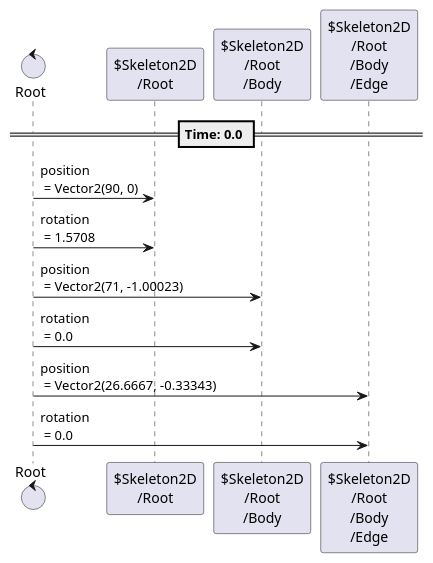
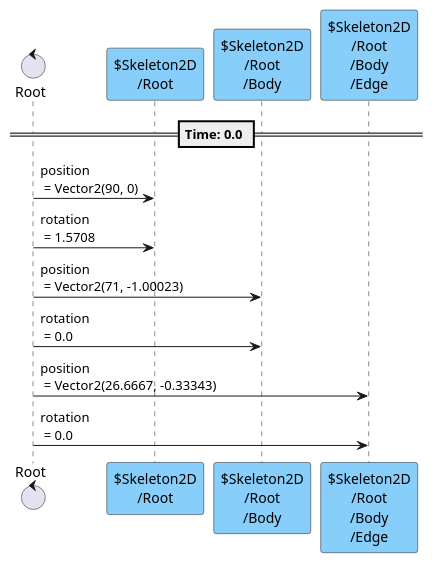
The second of 3 diagrams in content/scenes/src/beginning/chapters/banner/banner.tscn.adoc (tkmfujise/Platformer-Game-Learning), drawn with PlantUML before and after one commit. The commit also changed other lines of this file and 67 other files, not shown here.

```diff
--- a/content/scenes/src/beginning/chapters/banner/banner.tscn.adoc
+++ b/content/scenes/src/beginning/chapters/banner/banner.tscn.adoc
@@ -72,19 +72,19 @@
 [plantuml]
 ....
 control "Root" as R
-participant "$Skeleton2D\n/Root" as T0
-participant "$Skeleton2D\n/Root\n/Body" as T2
-participant "$Skeleton2D\n/Root\n/Body\n/Edge" as T4
+participant "$Skeleton2D\n/Root" as T0 #87CEFA
+participant "$Skeleton2D\n/Root\n/Body" as T2 #87CEFA
+participant "$Skeleton2D\n/Root\n/Body\n/Edge" as T4 #87CEFA
 
 
 
 == Time: 0.0 ==
 R  ->  T0 : position\n = Vector2(90, 0)
 R  ->  T0 : rotation\n = 1.5708
 R  ->  T2 : position\n = Vector2(71, -1.00023)
 R  ->  T2 : rotation\n = 0.0
 R  ->  T4 : position\n = Vector2(26.6667, -0.33343)
 R  ->  T4 : rotation\n = 0.0
 
 
 ....
```
